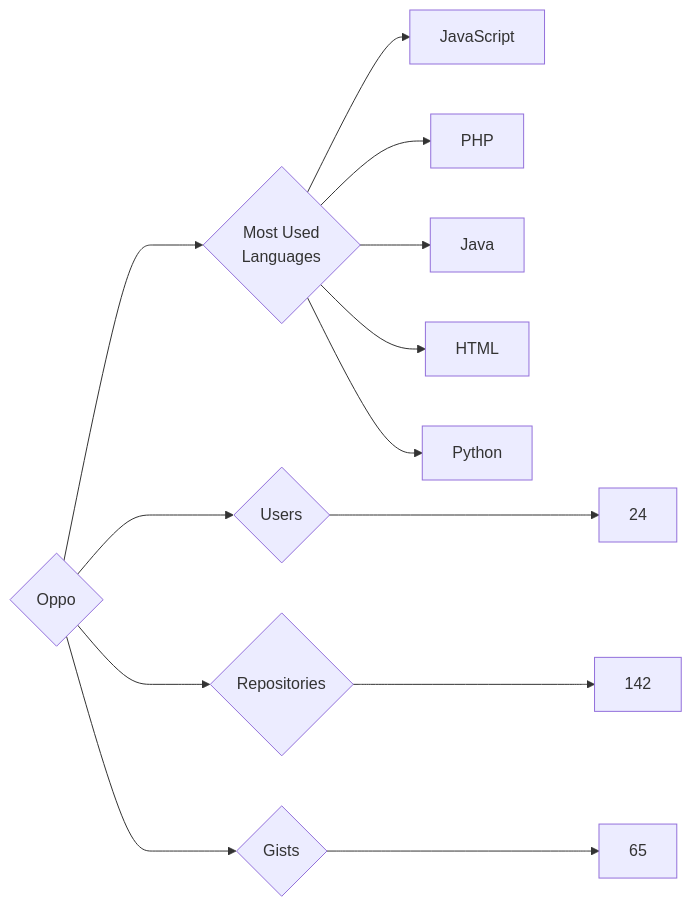
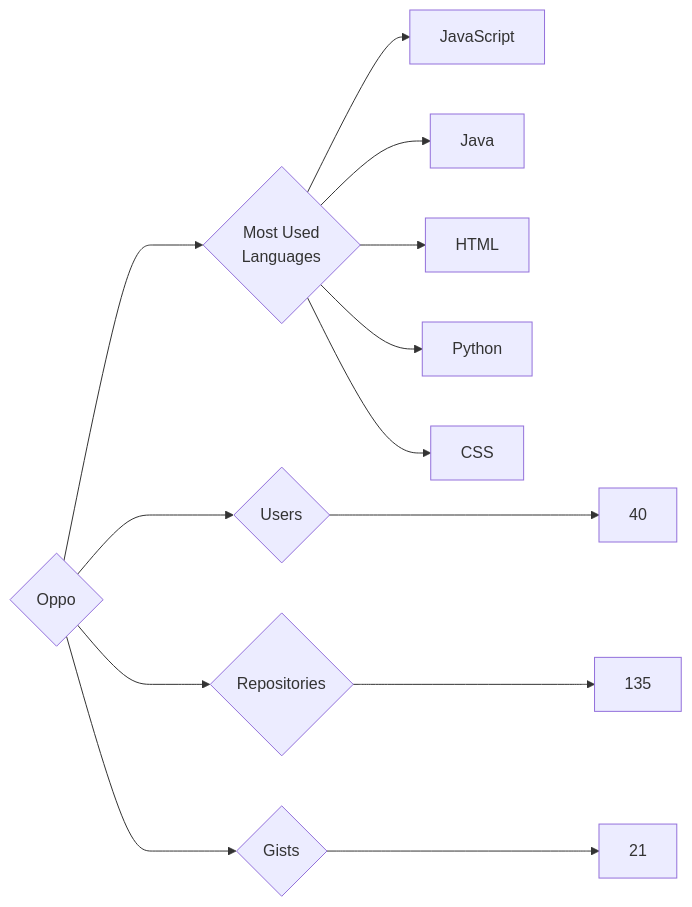
One commit to trickest/insiders changed the diagram in targets/Oppo/README.md. Above: the diagram before and after it, drawn with Mermaid. The commit also changed 972 other files, not shown here.

````diff
--- a/targets/Oppo/README.md
+++ b/targets/Oppo/README.md
@@ -3,13 +3,13 @@
 ```mermaid
 graph LR
 COMPANY_NAME{Oppo}
-COMPANY_NAME ---> U{Users} ---> UN[24]
-COMPANY_NAME ---> R{Repositories} ---> RN[142]
-COMPANY_NAME ---> G{Gists} ---> GN[65]
+COMPANY_NAME ---> U{Users} ---> UN[40]
+COMPANY_NAME ---> R{Repositories} ---> RN[135]
+COMPANY_NAME ---> G{Gists} ---> GN[21]
 COMPANY_NAME ---> ML{Most Used<br>Languages}
 ML --> JavaScript[JavaScript]
-ML --> PHP[PHP]
 ML --> Java[Java]
 ML --> HTML[HTML]
 ML --> Python[Python]
+ML --> CSS[CSS]
 ```
````
